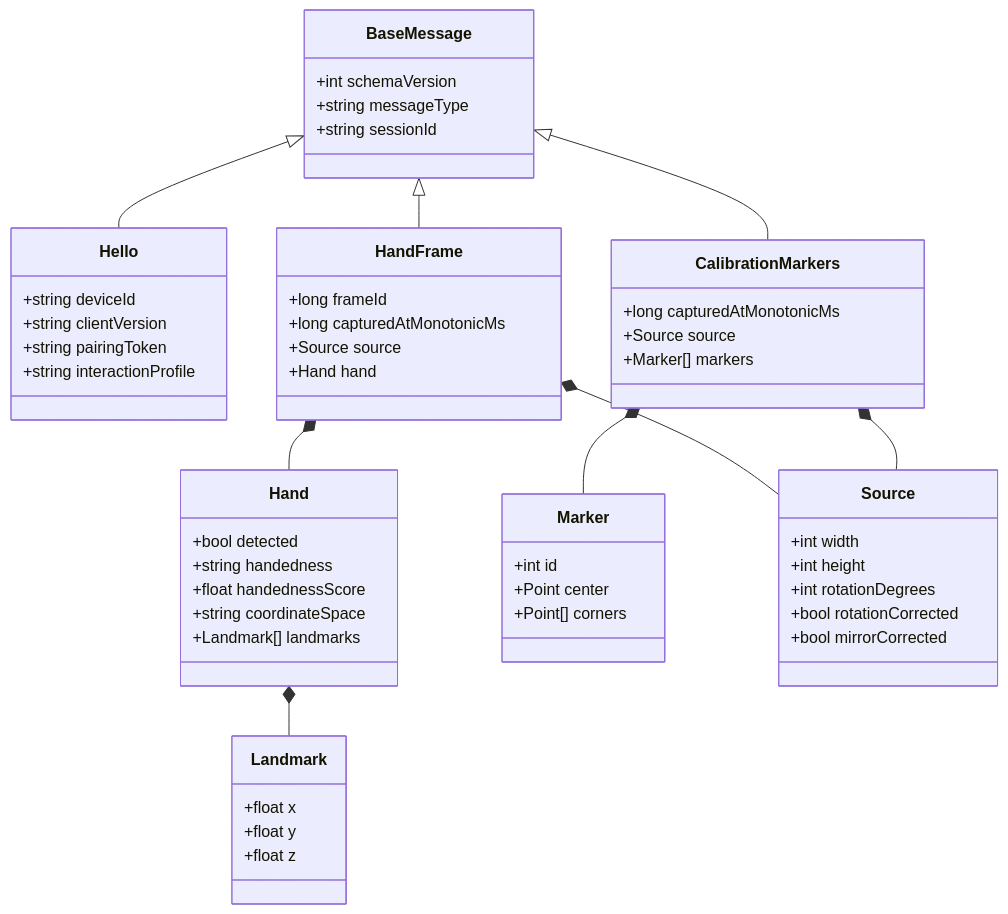
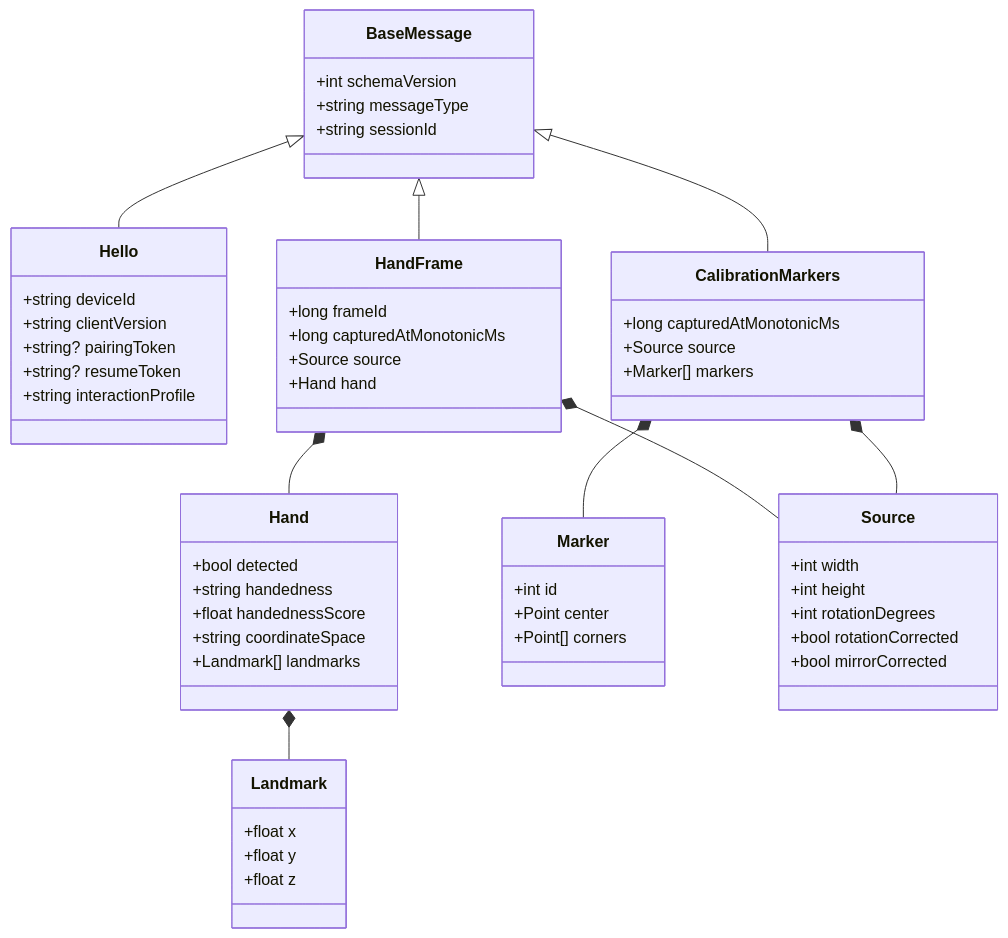
One commit to KIT-DevelopersHub/screact changed diagram 25 of 38 in docs/system/system-requirements.md. Above: the diagram before and after it, drawn with Mermaid. The commit also changed other lines of this file and 11 other files, not shown here.

````diff
--- a/docs/system/system-requirements.md
+++ b/docs/system/system-requirements.md
@@ -1011,57 +1046,58 @@
 ```mermaid
 classDiagram
     class BaseMessage {
         +int schemaVersion
         +string messageType
         +string sessionId
     }
     class Hello {
         +string deviceId
         +string clientVersion
-        +string pairingToken
+        +string? pairingToken
+        +string? resumeToken
         +string interactionProfile
     }
     class HandFrame {
         +long frameId
         +long capturedAtMonotonicMs
         +Source source
         +Hand hand
     }
     class Hand {
         +bool detected
         +string handedness
         +float handednessScore
         +string coordinateSpace
         +Landmark[] landmarks
     }
     class Landmark {
         +float x
         +float y
         +float z
     }
     class CalibrationMarkers {
         +long capturedAtMonotonicMs
         +Source source
         +Marker[] markers
     }
     class Marker {
         +int id
         +Point center
         +Point[] corners
     }
     class Source {
         +int width
         +int height
         +int rotationDegrees
         +bool rotationCorrected
         +bool mirrorCorrected
     }
     BaseMessage <|-- Hello
     BaseMessage <|-- HandFrame
     BaseMessage <|-- CalibrationMarkers
     HandFrame *-- Source
     HandFrame *-- Hand
     Hand *-- Landmark
     CalibrationMarkers *-- Source
     CalibrationMarkers *-- Marker
 ```
````
